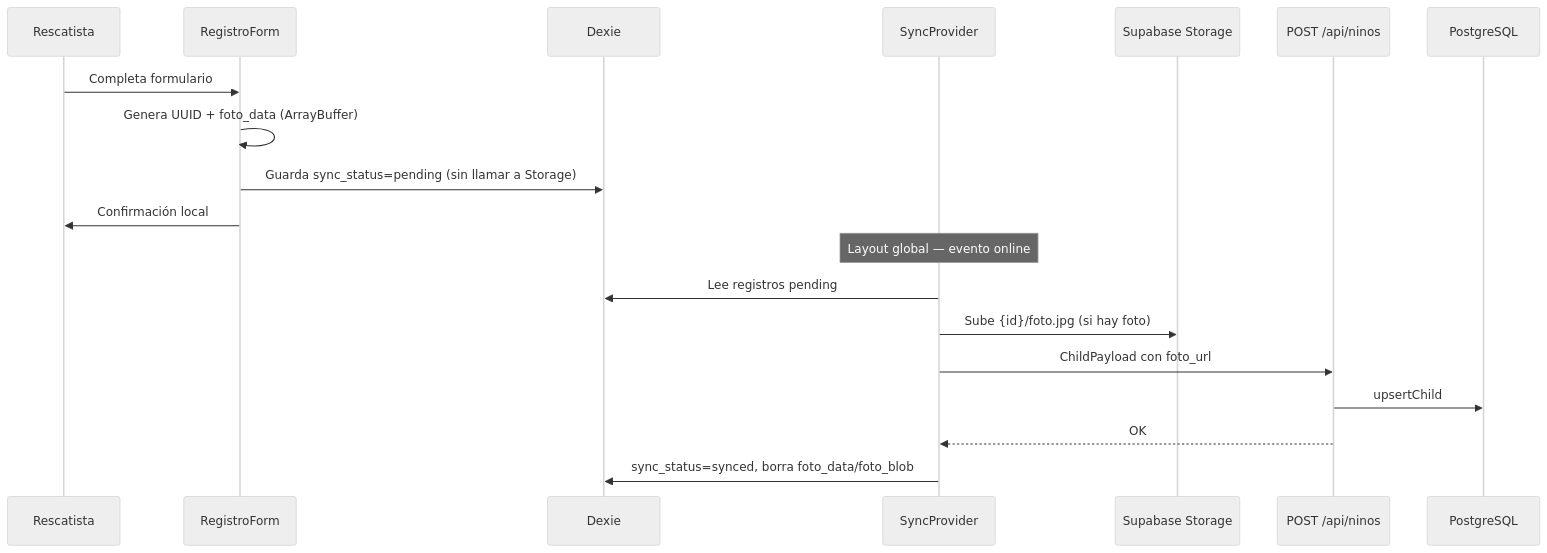
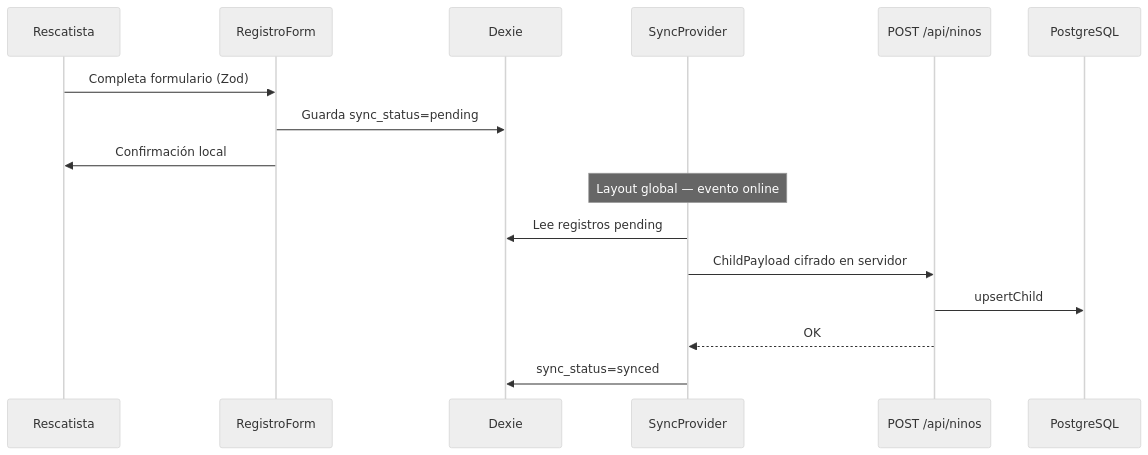
One commit to Acosta-Armando/ninos-a-salvo changed the diagram in docs/flujos/registro-y-sincronizacion.md. Above: the diagram before and after it, drawn with Mermaid (neutral theme). The commit also changed other lines of this file and 76 other files, not shown here.

````diff
--- a/docs/flujos/registro-y-sincronizacion.md
+++ b/docs/flujos/registro-y-sincronizacion.md
@@ -14,23 +15,20 @@
 ```mermaid
 sequenceDiagram
   participant U as Rescatista
   participant F as RegistroForm
   participant D as Dexie
   participant S as SyncProvider
-  participant ST as Supabase Storage
   participant API as POST /api/ninos
   participant DB as PostgreSQL
 
-  U->>F: Completa formulario
-  F->>F: Genera UUID + foto_data (ArrayBuffer)
-  F->>D: Guarda sync_status=pending (sin llamar a Storage)
+  U->>F: Completa formulario (Zod)
+  F->>D: Guarda sync_status=pending
   F->>U: Confirmación local
 
   Note over S: Layout global — evento online
   S->>D: Lee registros pending
-  S->>ST: Sube {id}/foto.jpg (si hay foto)
-  S->>API: ChildPayload con foto_url
+  S->>API: ChildPayload cifrado en servidor
   API->>DB: upsertChild
   API-->>S: OK
-  S->>D: sync_status=synced, borra foto_data/foto_blob
+  S->>D: sync_status=synced
 ```
````
